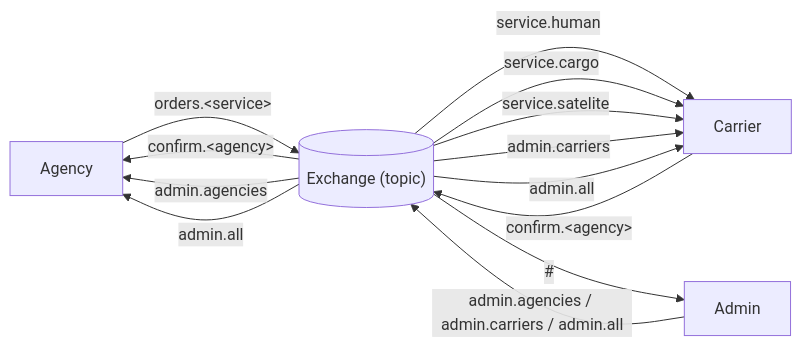
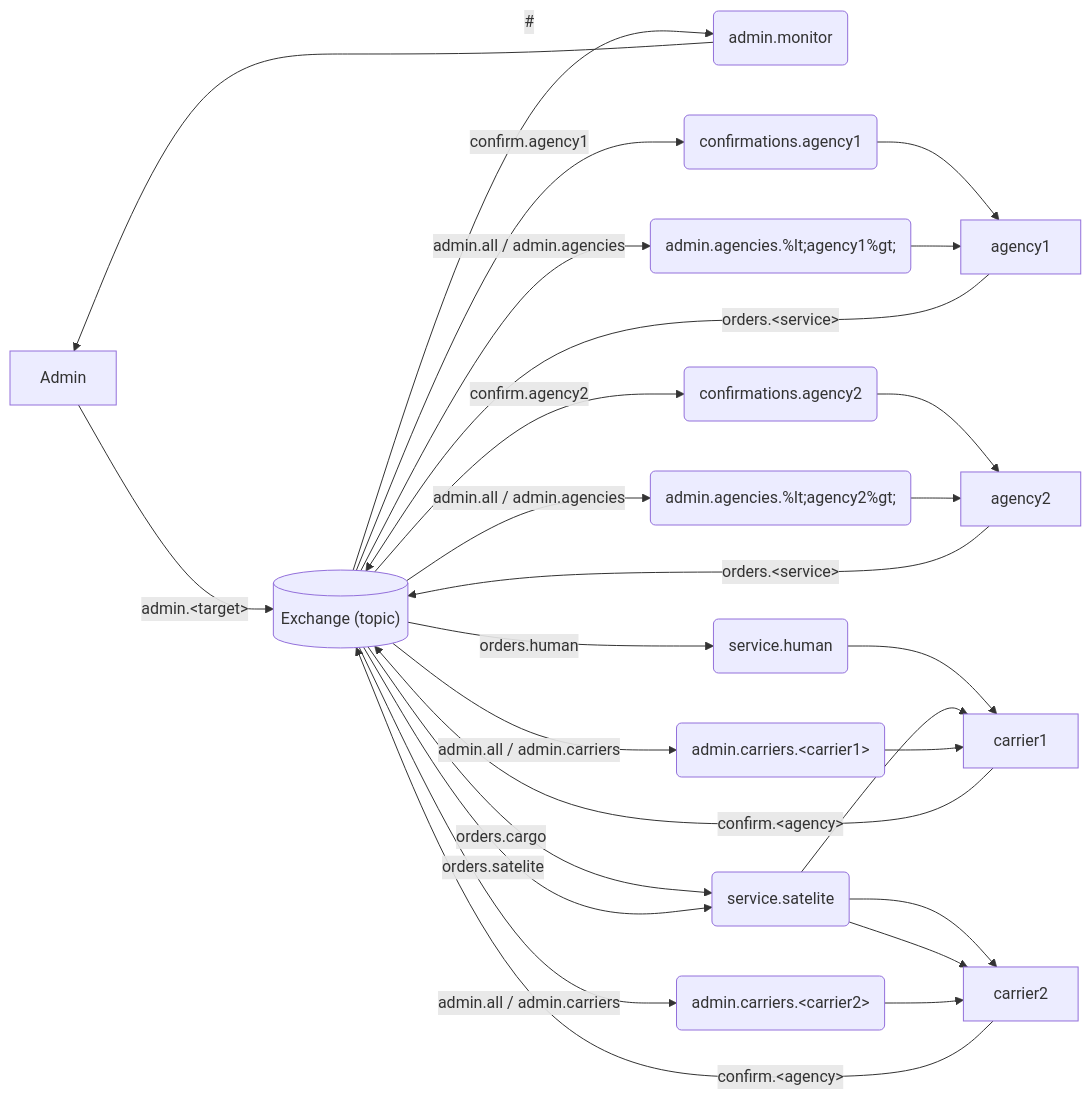
The diagram in sem6/rozprochy/tasks/task5/schema.md (Mosder/agh), drawn with Mermaid before and after one commit. The commit also changed 3 other files, not shown here.

````diff
--- a/sem6/rozprochy/tasks/task5/schema.md
+++ b/sem6/rozprochy/tasks/task5/schema.md
@@ -1,18 +1,23 @@
 ```mermaid
 flowchart LR
-    A[Agency] -- orders.&lt;service&gt; --> X[("Exchange (topic)")]
-    X -- service.human --> C[Carrier]
-    X -- service.cargo --> C
-    X -- service.satelite --> C
+    AD[Admin] -- admin.&lt;target&gt; --> X[("Exchange (topic)")]
+    X -- "#" --> QAD(admin.monitor) --> AD
 
-    C -- confirm.&lt;agency&gt; --> X
-    X -- confirm.&lt;agency&gt; --> A
+    A1[agency1] -- orders.&lt;service&gt; --> X
+    X -- confirm.agency1 --> QA1(confirmations.agency1) --> A1
+    X -- admin.all / admin.agencies --> QA1AD(admin.agencies.%lt;agency1%gt;) --> A1
 
-    AD[Admin] -- admin.agencies / admin.carriers / admin.all --> X
-    X -- admin.agencies --> A
-    X -- admin.carriers --> C
-    X -- admin.all --> A
-    X -- admin.all --> C
+    A2[agency2] -- orders.&lt;service&gt; --> X
+    X -- confirm.agency2 --> QA2(confirmations.agency2) --> A2
+    X -- admin.all / admin.agencies --> QA2AD(admin.agencies.%lt;agency2%gt;) --> A2
 
-    X -- "#" --> AD
+    C1[carrier1] -- confirm.&lt;agency&gt; --> X
+    X -- orders.human --> QSH(service.human) --> C1
+    X -- orders.cargo --> QSC(service.cargo) --> C1
+    X -- admin.all / admin.carriers --> QC1(admin.carriers.&lt;carrier1&gt;) --> C1
+
+    C2[carrier2] -- confirm.&lt;agency&gt; --> X
+    QSC --> C2
+    X -- orders.satelite --> QSC(service.satelite) --> C2
+    X -- admin.all / admin.carriers --> QC2(admin.carriers.&lt;carrier2&gt;) --> C2
 ```
````
